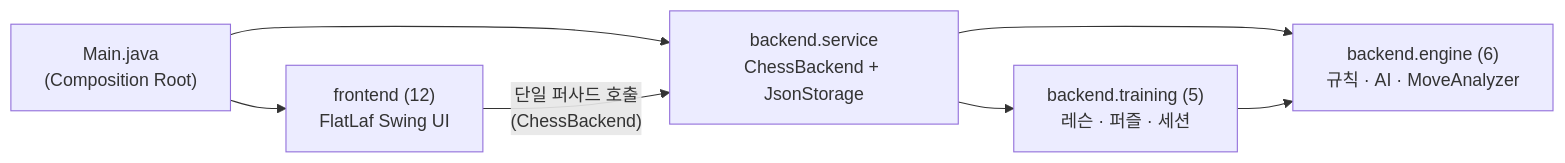
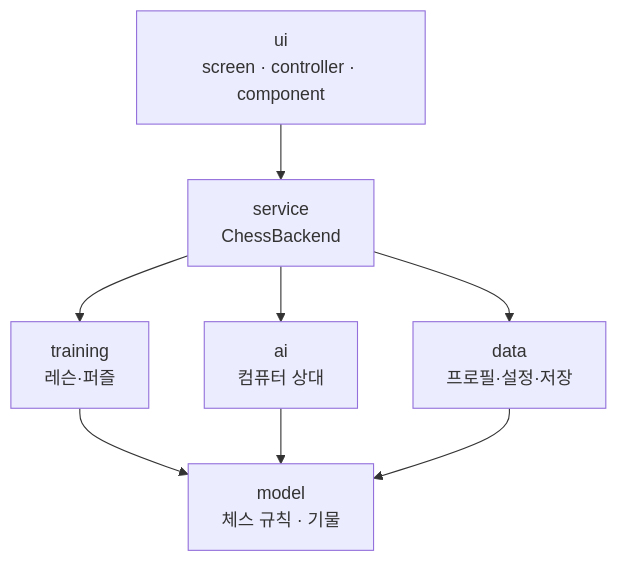
Before and after one commit to OOP-TeamA/chess-trainer: the diagram in README.md, drawn with Mermaid. The commit also changed other lines of this file and 3 other files, not shown here.

````diff
--- a/README.md
+++ b/README.md
@@ -32,9 +44,10 @@
 ```mermaid
-flowchart LR
-    Main["Main.java<br/>(Composition Root)"] --> FE["frontend (12)<br/>FlatLaf Swing UI"]
-    Main --> BE["backend.service<br/>ChessBackend + JsonStorage"]
-    FE -- "단일 퍼사드 호출<br/>(ChessBackend)" --> BE
-    BE --> TR["backend.training (5)<br/>레슨 · 퍼즐 · 세션"]
-    BE --> EN["backend.engine (6)<br/>규칙 · AI · MoveAnalyzer"]
-    TR --> EN
+flowchart TB
+    UI["ui<br/>screen · controller · component"] --> Service["service<br/>ChessBackend"]
+    Service --> Training["training<br/>레슨·퍼즐"]
+    Service --> AI["ai<br/>컴퓨터 상대"]
+    Service --> Data["data<br/>프로필·설정·저장"]
+    Training --> Model["model<br/>체스 규칙 · 기물"]
+    AI --> Model
+    Data --> Model
 ```
````
